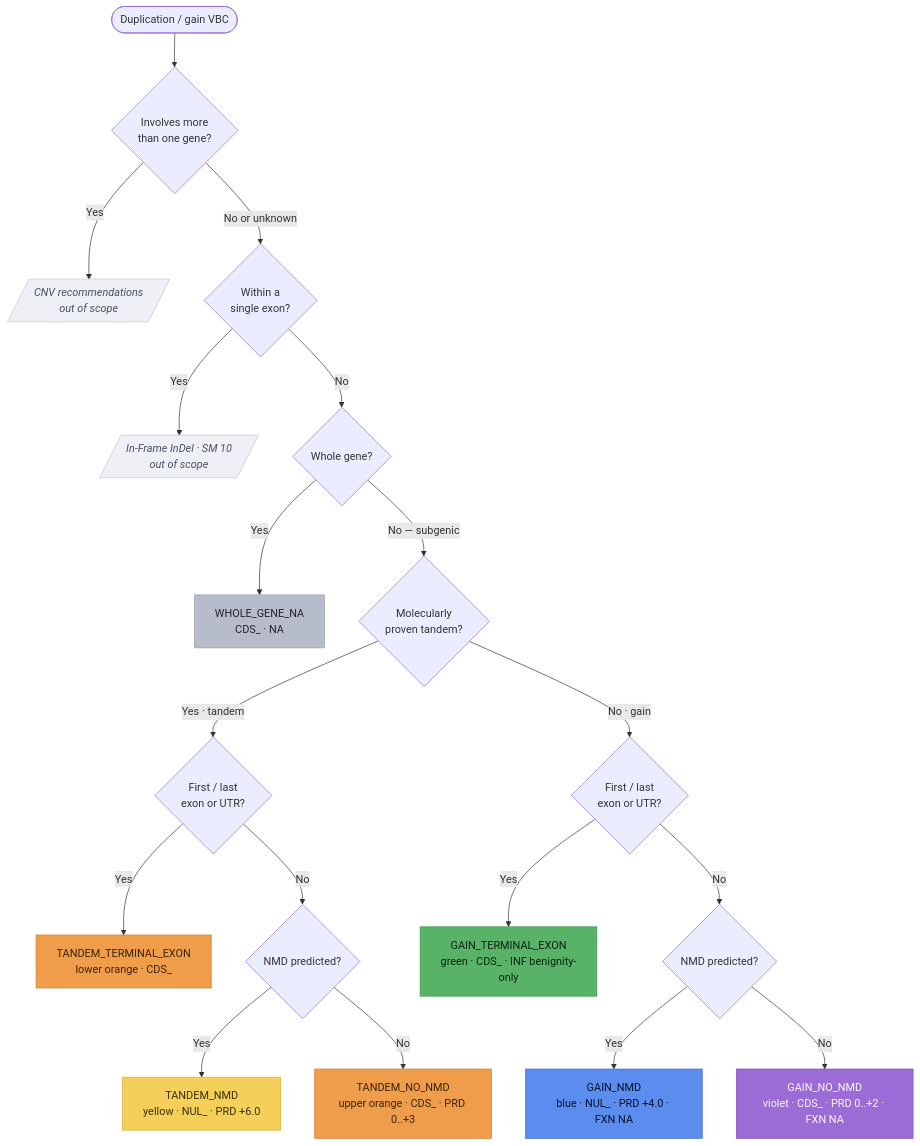
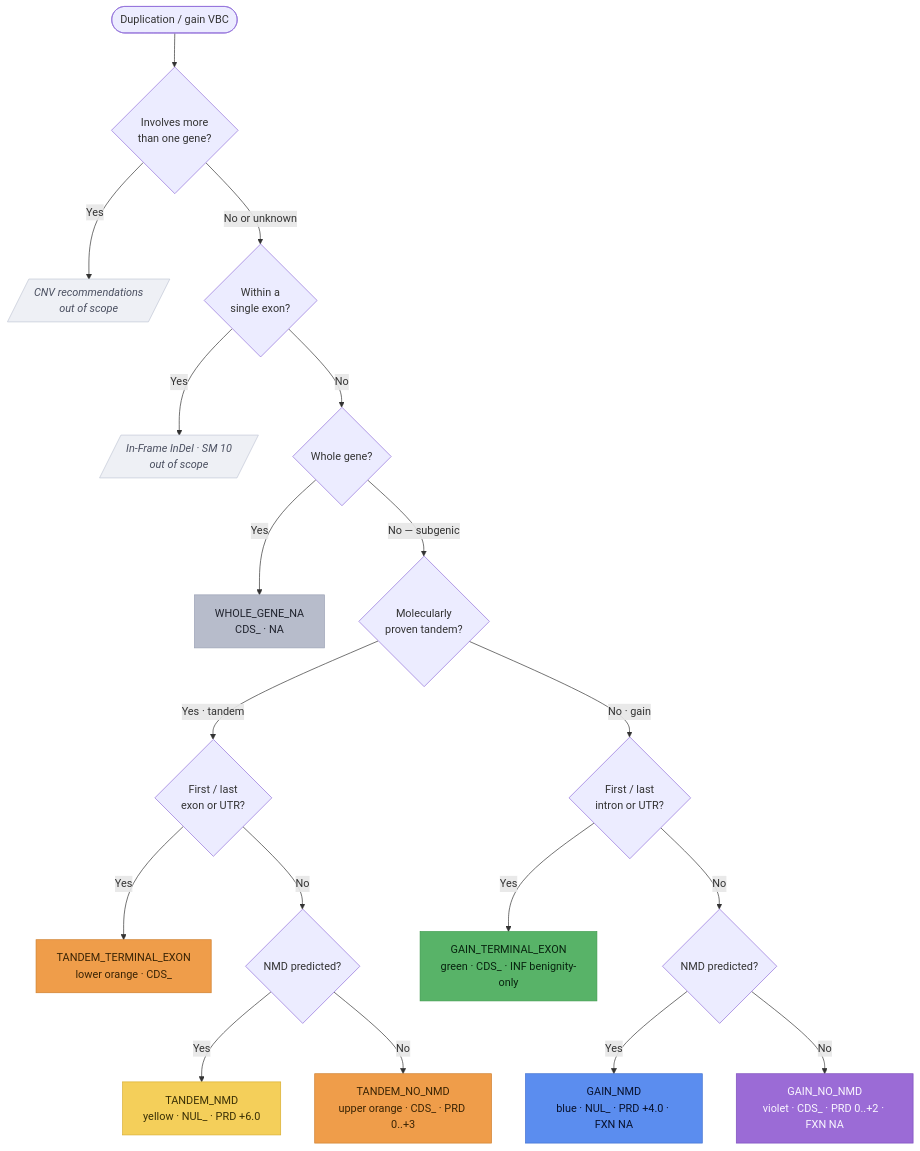
One commit to clingen-data-model/svcv4-model changed the diagram in docs/workflows/pfd/exon-duplication.md. Above: the diagram before and after it, drawn with Mermaid. The commit also changed other lines of this file and 1 other file, not shown here.

First line of the commit message:
docs+test: restore SM 14 gain-path intron wording, note scope, add CDS_ FXN round-trip

````diff
--- a/docs/workflows/pfd/exon-duplication.md
+++ b/docs/workflows/pfd/exon-duplication.md
@@ -28,28 +29,28 @@
 ```mermaid
 flowchart TD
     START([Duplication / gain VBC]) --> D1{Involves more<br/>than one gene?}
     D1 -->|Yes| CNV[/CNV recommendations<br/>out of scope/]:::escape
     D1 -->|No or unknown| SEX{Within a<br/>single exon?}
     SEX -->|Yes| INDEL[/In-Frame InDel · SM 10<br/>out of scope/]:::escape
     SEX -->|No| D2{Whole gene?}
     D2 -->|Yes| WGN[WHOLE_GENE_NA<br/>CDS_ · NA]:::na
     D2 -->|No — subgenic| D3{Molecularly<br/>proven tandem?}
     D3 -->|Yes · tandem| D4{First / last<br/>exon or UTR?}
-    D3 -->|No · gain| D5{First / last<br/>exon or UTR?}
+    D3 -->|No · gain| D5{First / last<br/>intron or UTR?}
     D4 -->|Yes| LO[TANDEM_TERMINAL_EXON<br/>lower orange · CDS_]:::orange
     D4 -->|No| D6{NMD predicted?}
     D6 -->|Yes| YEL[TANDEM_NMD<br/>yellow · NUL_ · PRD +6.0]:::yellow
     D6 -->|No| UO[TANDEM_NO_NMD<br/>upper orange · CDS_ · PRD 0..+3]:::orange
     D5 -->|Yes| GRN[GAIN_TERMINAL_EXON<br/>green · CDS_ · INF benignity-only]:::green
     D5 -->|No| D7{NMD predicted?}
     D7 -->|Yes| BLU[GAIN_NMD<br/>blue · NUL_ · PRD +4.0 · FXN NA]:::blue
     D7 -->|No| VIO[GAIN_NO_NMD<br/>violet · CDS_ · PRD 0..+2 · FXN NA]:::violet
 
     classDef escape fill:#eef0f5,stroke:#c2c7d6,color:#4a4f60,font-style:italic;
     classDef na fill:#b7bccb,stroke:#9aa0b4,color:#20232e;
     classDef yellow fill:#f4cf5a,stroke:#d8ad2f,color:#3a3005;
     classDef orange fill:#ef9d4a,stroke:#cf7f2c,color:#3a2405;
     classDef blue fill:#5b8def,stroke:#3f6fd0,color:#08122e;
     classDef violet fill:#9b6bd6,stroke:#7d4dbd,color:#faf7ff;
     classDef green fill:#58b368,stroke:#3d9a4d,color:#08240f;
 ```
````
